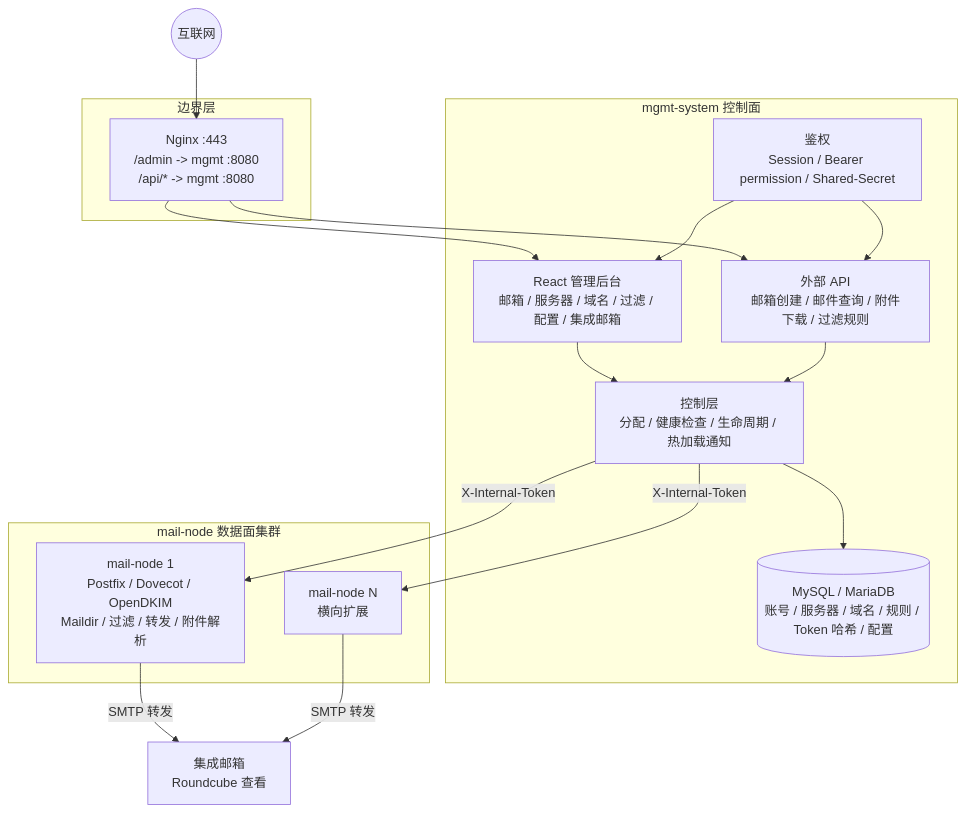
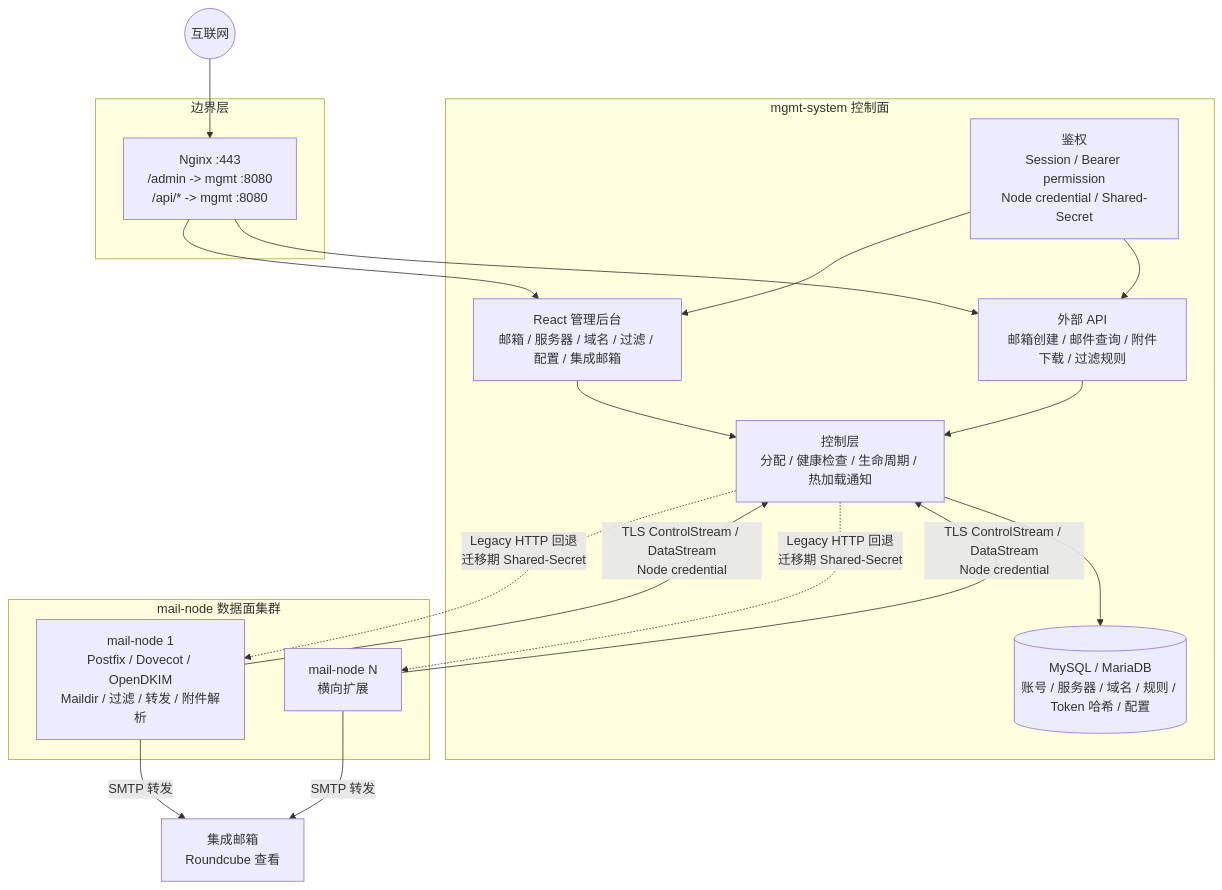
Before and after one commit to snowflake-yezi/MailHub: the diagram in README.md, drawn with Mermaid. The commit also changed other lines of this file and 2 other files, not shown here.

````diff
--- a/README.md
+++ b/README.md
@@ -73,36 +74,38 @@
 ```mermaid
 flowchart TB
     internet((互联网))
 
     subgraph edge["边界层"]
         nginx["Nginx :443<br/>/admin -> mgmt :8080<br/>/api/* -> mgmt :8080"]
     end
 
     subgraph mgmt["mgmt-system 控制面"]
         web["React 管理后台<br/>邮箱 / 服务器 / 域名 / 过滤 / 配置 / 集成邮箱"]
         api["外部 API<br/>邮箱创建 / 邮件查询 / 附件下载 / 过滤规则"]
         control["控制层<br/>分配 / 健康检查 / 生命周期 / 热加载通知"]
-        auth["鉴权<br/>Session / Bearer permission / Shared-Secret"]
+        auth["鉴权<br/>Session / Bearer permission<br/>Node credential / Shared-Secret"]
         db[("MySQL / MariaDB<br/>账号 / 服务器 / 域名 / 规则 / Token 哈希 / 配置")]
     end
 
     subgraph nodes["mail-node 数据面集群"]
         node1["mail-node 1<br/>Postfix / Dovecot / OpenDKIM<br/>Maildir / 过滤 / 转发 / 附件解析"]
         nodeN["mail-node N<br/>横向扩展"]
     end
 
     union["集成邮箱<br/>Roundcube 查看"]
 
     internet --> nginx
     nginx --> web
     nginx --> api
     web --> control
     api --> control
     auth --> web
     auth --> api
     control --> db
-    control -->|"X-Internal-Token"| node1
-    control -->|"X-Internal-Token"| nodeN
+    node1 -->|"TLS ControlStream / DataStream<br/>Node credential"| control
+    nodeN -->|"TLS ControlStream / DataStream<br/>Node credential"| control
+    control -.->|"Legacy HTTP 回退<br/>迁移期 Shared-Secret"| node1
+    control -.->|"Legacy HTTP 回退<br/>迁移期 Shared-Secret"| nodeN
     node1 -->|"SMTP 转发"| union
     nodeN -->|"SMTP 转发"| union
 ```
````
